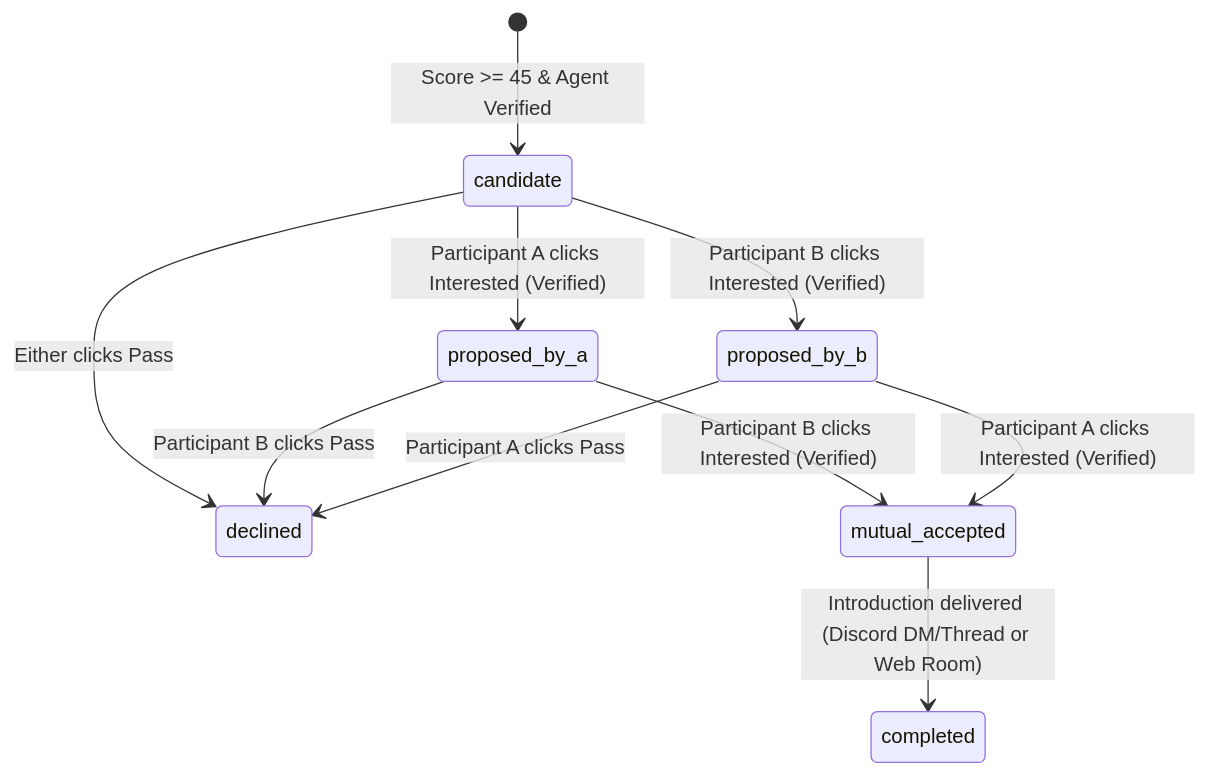
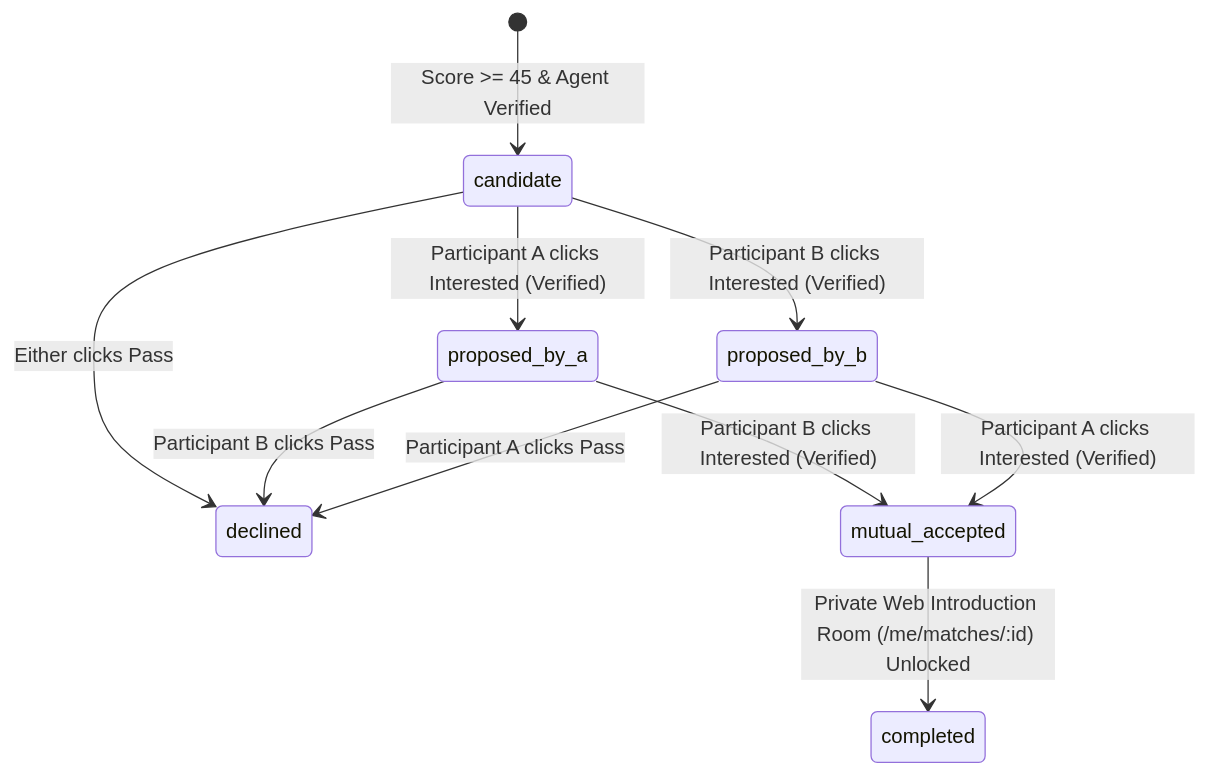
Before and after one commit to Jason-Vaughan/Ariadne: the diagram in DATA_AND_EVENTS_CONTRACT.md, drawn with Mermaid. The commit also changed other lines of this file and 61 other files, not shown here.

````diff
--- a/DATA_AND_EVENTS_CONTRACT.md
+++ b/DATA_AND_EVENTS_CONTRACT.md
@@ -94,12 +96,12 @@
 ```mermaid
 stateDiagram-v2
     [*] --> candidate : Score >= 45 & Agent Verified
     candidate --> proposed_by_a : Participant A clicks Interested (Verified)
     candidate --> proposed_by_b : Participant B clicks Interested (Verified)
     candidate --> declined : Either clicks Pass
     proposed_by_a --> mutual_accepted : Participant B clicks Interested (Verified)
     proposed_by_b --> mutual_accepted : Participant A clicks Interested (Verified)
     proposed_by_a --> declined : Participant B clicks Pass
     proposed_by_b --> declined : Participant A clicks Pass
-    mutual_accepted --> completed : Introduction delivered (Discord DM/Thread or Web Room)
+    mutual_accepted --> completed : Private Web Introduction Room (/me/matches/:id) Unlocked
 ```
````
